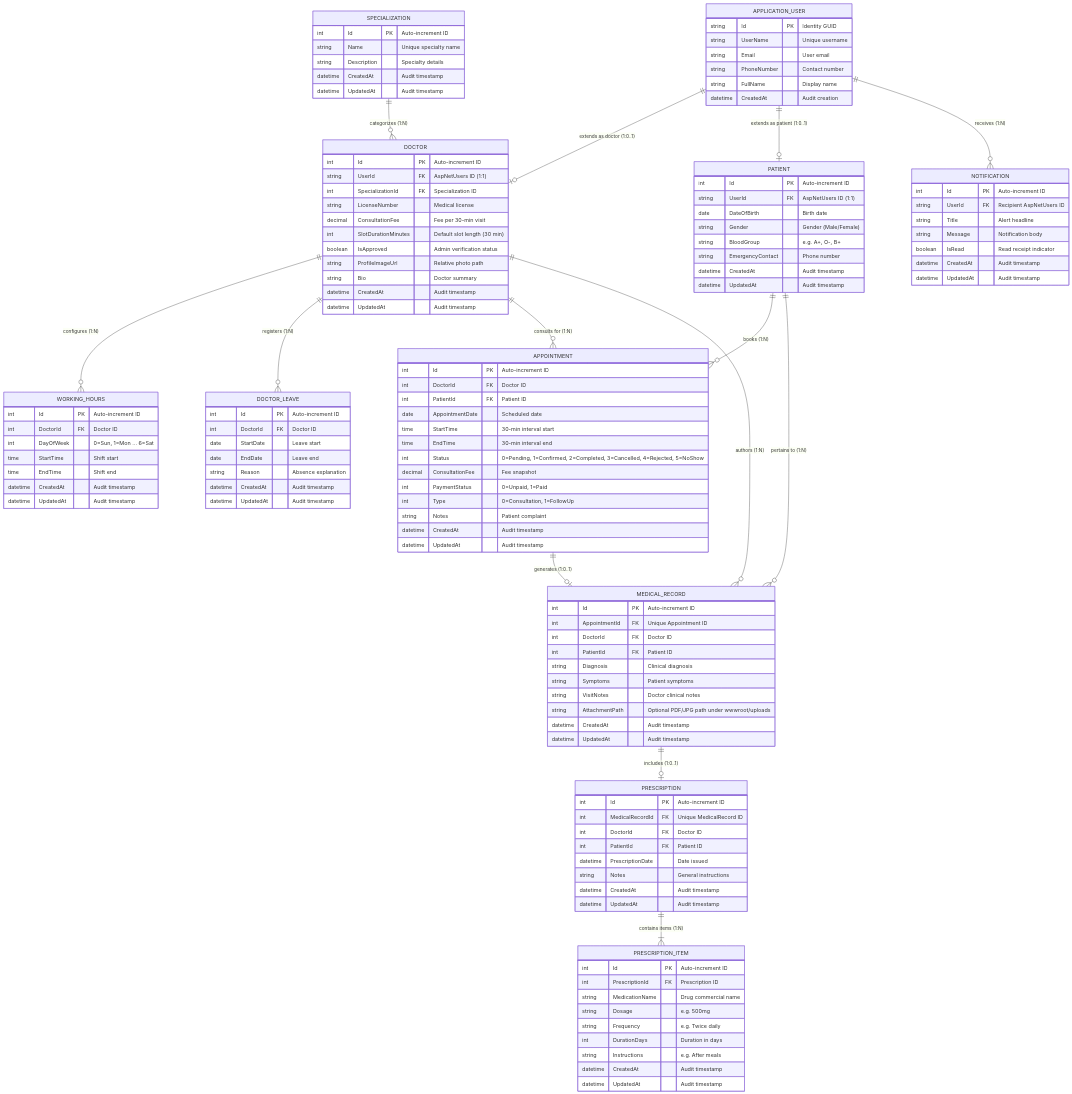
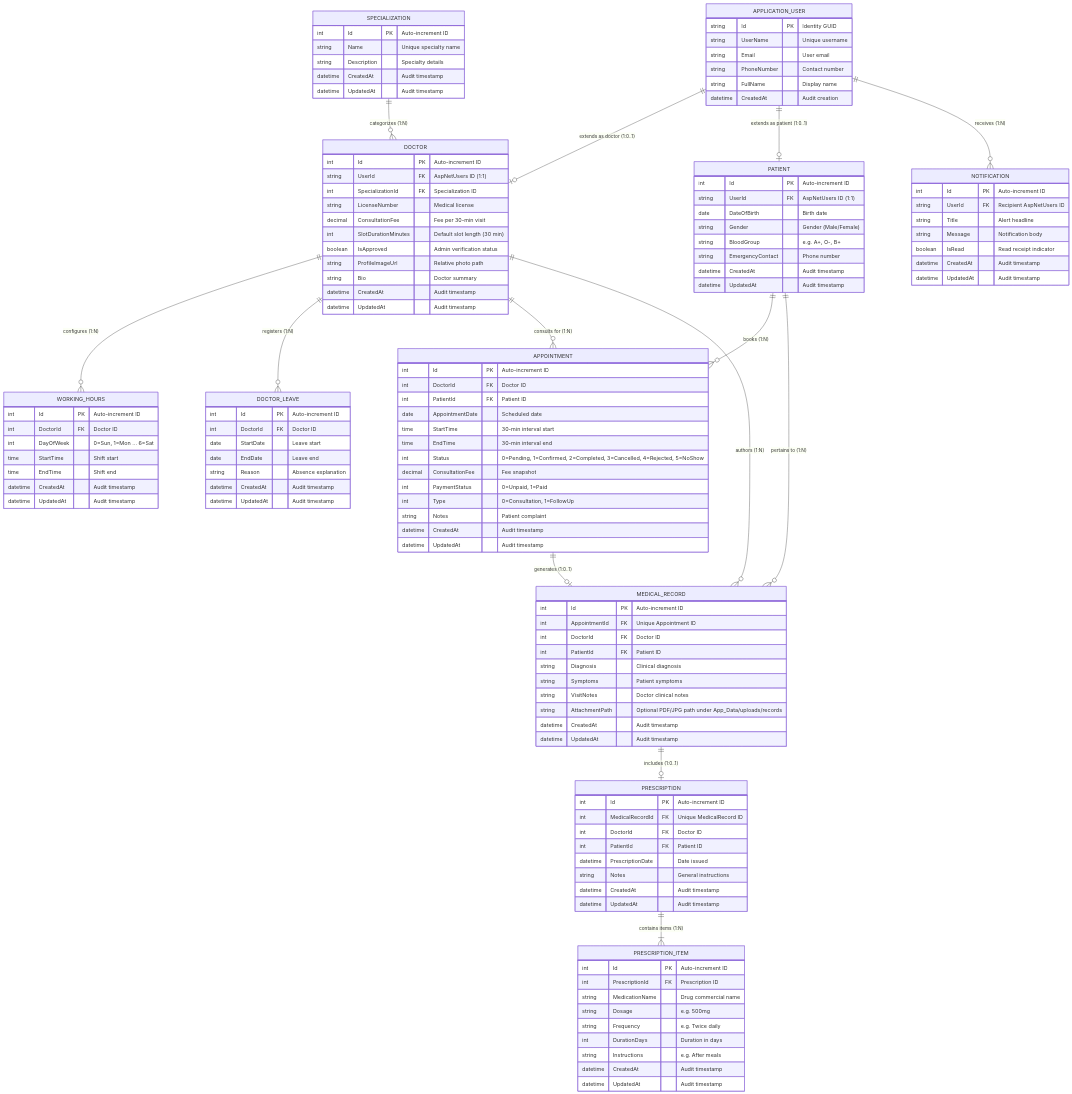
The diagram in docs/04-design/database/er-diagram.md (foxelhadad812-design/MediCare), drawn with Mermaid before and after one commit. The commit also changed 61 other files, not shown here.

```diff
--- a/docs/04-design/database/er-diagram.md
+++ b/docs/04-design/database/er-diagram.md
@@ -113,7 +113,7 @@
         string Diagnosis "Clinical diagnosis"
         string Symptoms "Patient symptoms"
         string VisitNotes "Doctor clinical notes"
-        string AttachmentPath "Optional PDF/JPG path under wwwroot/uploads"
+        string AttachmentPath "Optional PDF/JPG path under App_Data/uploads/records"
         datetime CreatedAt "Audit timestamp"
         datetime UpdatedAt "Audit timestamp"
     }
```
